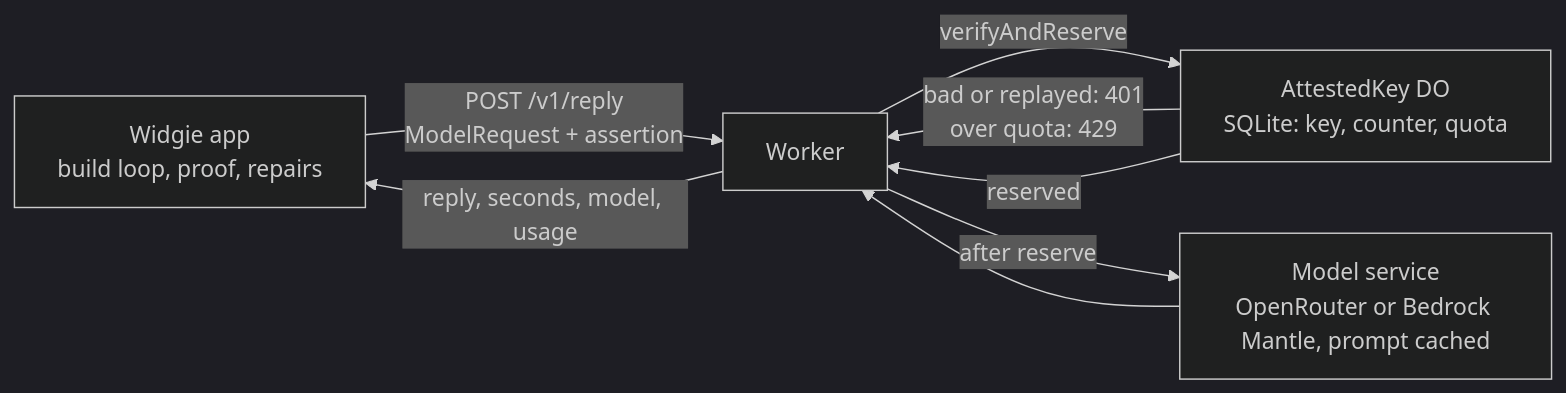
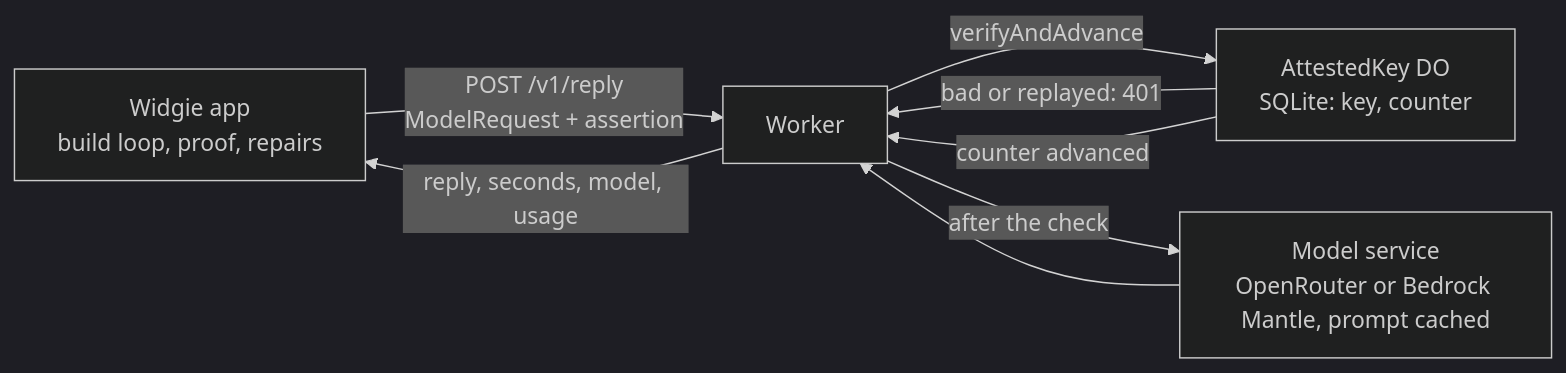
The diagram in tasks/phase-2b-backend.md (Krutik460/Widgie), drawn with Mermaid (dark theme) before and after one commit. The commit also changed other lines of this file and 22 other files, not shown here.

````diff
--- a/tasks/phase-2b-backend.md
+++ b/tasks/phase-2b-backend.md
@@ -29,9 +29,9 @@
 ```mermaid
 flowchart LR
   App[Widgie app<br/>build loop, proof, repairs] -->|POST /v1/reply<br/>ModelRequest + assertion| W[Worker]
-  W -->|verifyAndReserve| K[AttestedKey DO<br/>SQLite: key, counter, quota]
-  K -->|bad or replayed: 401<br/>over quota: 429| W
-  K -->|reserved| W
-  W -->|after reserve| OR[Model service<br/>OpenRouter or Bedrock Mantle, prompt cached]
+  W -->|verifyAndAdvance| K[AttestedKey DO<br/>SQLite: key, counter]
+  K -->|bad or replayed: 401| W
+  K -->|counter advanced| W
+  W -->|after the check| OR[Model service<br/>OpenRouter or Bedrock Mantle, prompt cached]
   OR --> W -->|reply, seconds, model, usage| App
 ```
````
